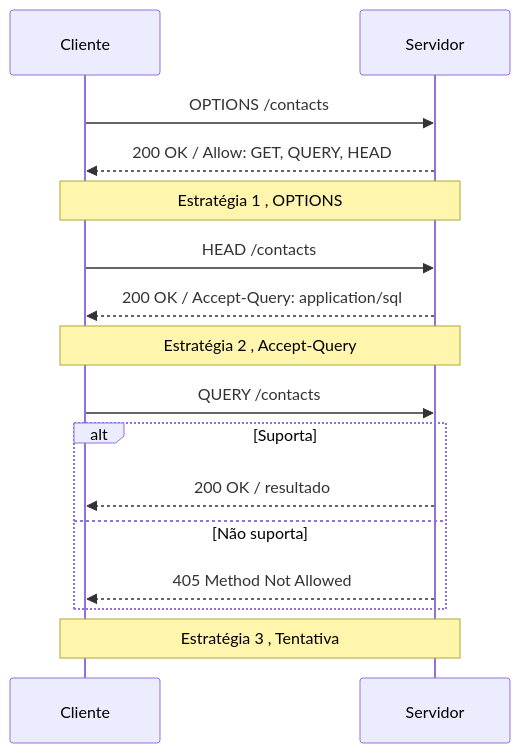
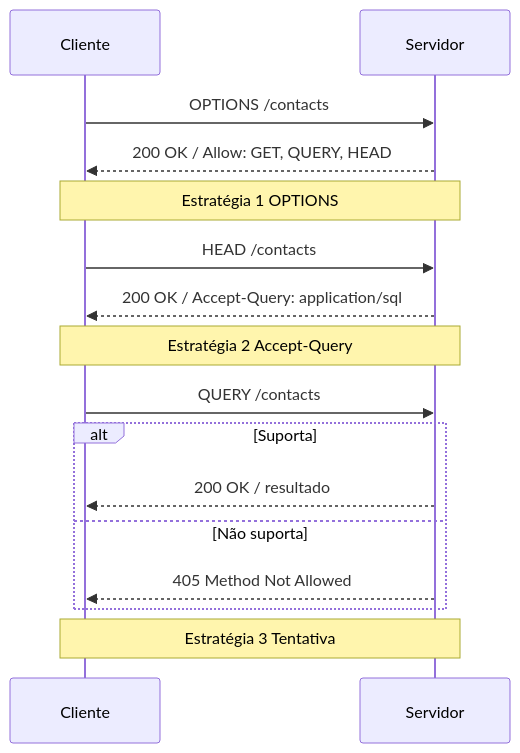
One commit to dyotamo/blog changed the fourth of 9 diagrams in content/pt/articles/http-query-method/index.md. Above: the diagram before and after it, drawn with Mermaid. The commit also changed other lines of this file and 17 other files, not shown here.

````diff
--- a/content/pt/articles/http-query-method/index.md
+++ b/content/pt/articles/http-query-method/index.md
@@ -170,18 +170,18 @@
 ```mermaid
 sequenceDiagram
     participant C as Cliente
     participant S as Servidor
     C->>S: OPTIONS /contacts
     S-->>C: 200 OK / Allow: GET, QUERY, HEAD
-    Note over C,S: Estratégia 1 ,  OPTIONS
+    Note over C,S: Estratégia 1  OPTIONS
     C->>S: HEAD /contacts
     S-->>C: 200 OK / Accept-Query: application/sql
-    Note over C,S: Estratégia 2 ,  Accept-Query
+    Note over C,S: Estratégia 2  Accept-Query
     C->>S: QUERY /contacts
     alt Suporta
         S-->>C: 200 OK / resultado
     else Não suporta
         S-->>C: 405 Method Not Allowed
     end
-    Note over C,S: Estratégia 3 ,  Tentativa
+    Note over C,S: Estratégia 3  Tentativa
 ```
````
